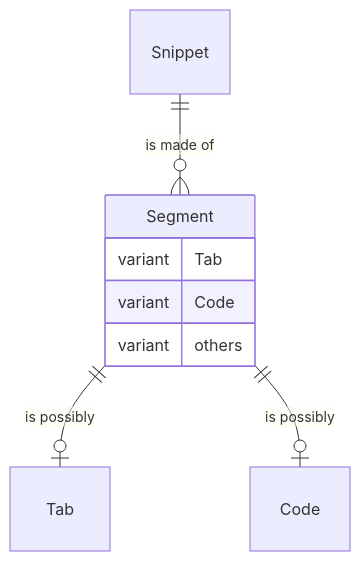
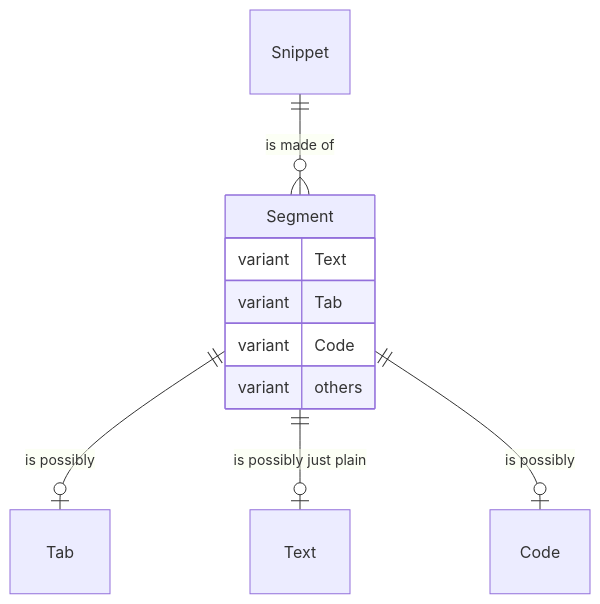
Before and after one commit to ZakharEl/portfolio: the second of 3 diagrams in examples/rust.md, drawn with Mermaid. The commit also changed other lines of this file and 2 other files, not shown here.

Commit message:
- Added backups.md - Alter rust.md to list plain text as one of the variants for the segment enum of the snippet body library

````diff
--- a/examples/rust.md
+++ b/examples/rust.md
@@ -20,11 +20,13 @@
 ```mermaid
 erDiagram
 Snippet ||--o{ Segment : "is made of"
 Segment ||--o| Tab : "is possibly"
+Segment ||--o| Text : "is possibly just plain"
 Segment ||--o| Code : "is possibly"
 Segment {
+	variant Text
 	variant Tab
 	variant Code
 	variant others
 }
 ```
````
